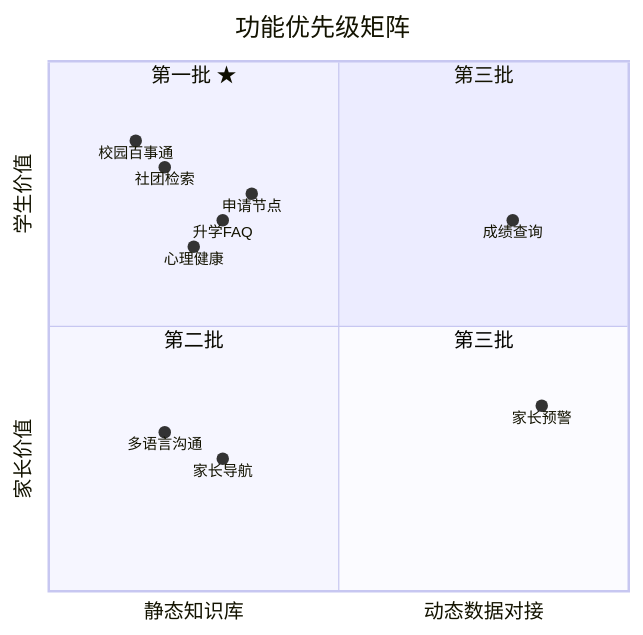
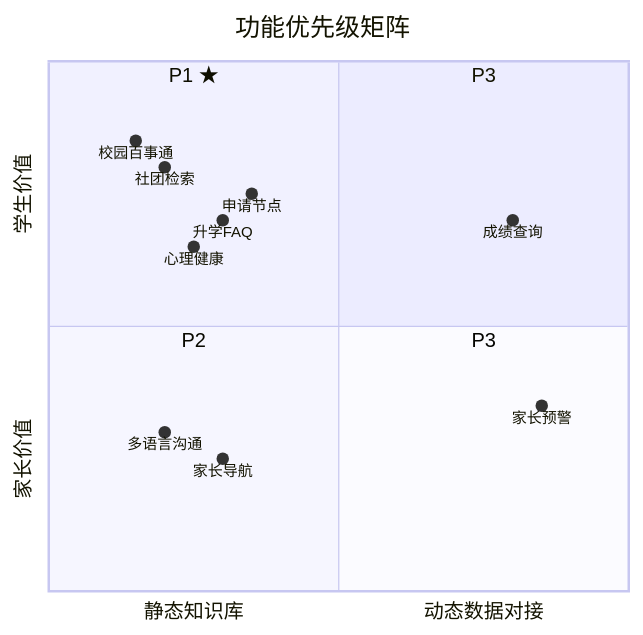
The first of 2 diagrams in docs/roadmap-zh.md (szkangjian/webb-ai), drawn with Mermaid before and after one commit. The commit also changed other lines of this file and 1 other file, not shown here.

Commit message:
Rename Batch → Phase/P in roadmap documents

````diff
--- a/docs/roadmap-zh.md
+++ b/docs/roadmap-zh.md
@@ -13,19 +13,19 @@
 ```mermaid
 quadrantChart
     title 功能优先级矩阵
     x-axis "静态知识库" --> "动态数据对接"
     y-axis "家长价值" --> "学生价值"
-    quadrant-1 "第三批"
-    quadrant-2 "第一批 ★"
-    quadrant-3 "第二批"
-    quadrant-4 "第三批"
+    quadrant-1 "P3"
+    quadrant-2 "P1 ★"
+    quadrant-3 "P2"
+    quadrant-4 "P3"
     "校园百事通": [0.15, 0.85]
     "社团检索": [0.20, 0.80]
     "升学FAQ": [0.30, 0.70]
     "申请节点": [0.35, 0.75]
     "心理健康": [0.25, 0.65]
     "多语言沟通": [0.20, 0.30]
     "家长导航": [0.30, 0.25]
     "成绩查询": [0.80, 0.70]
     "家长预警": [0.85, 0.35]
 ```
````
